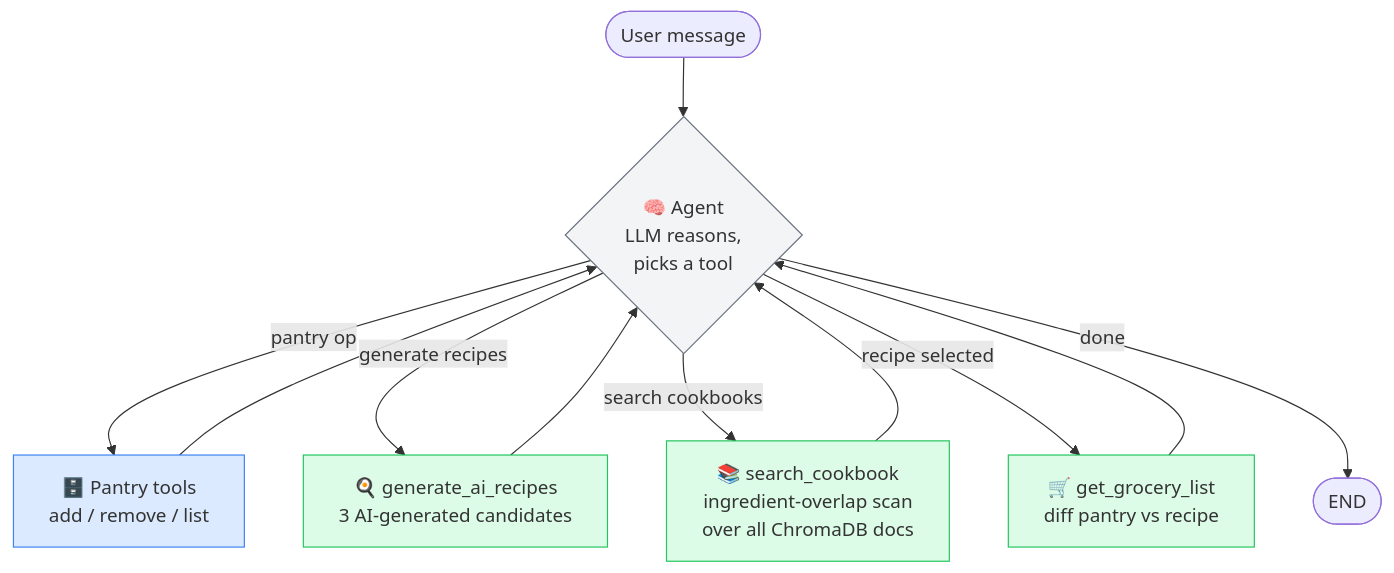
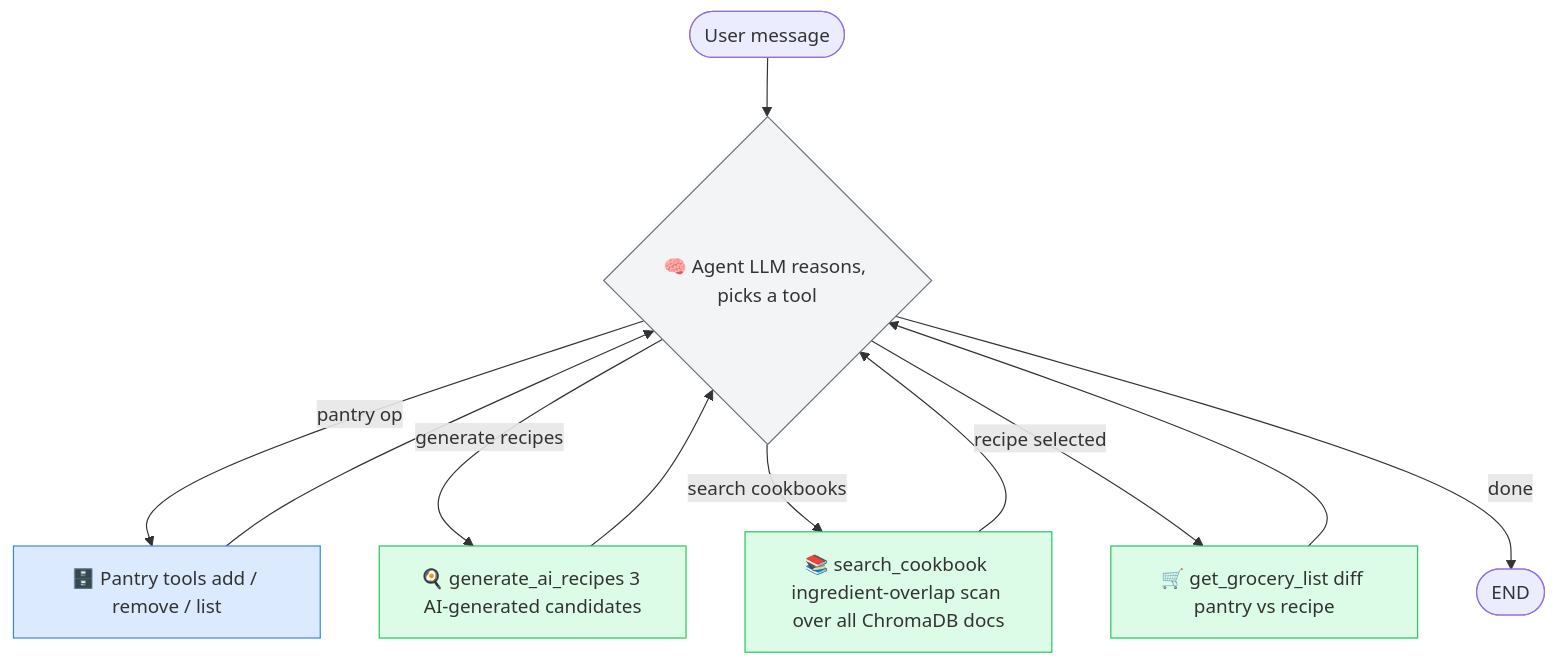
The diagram in README.md (MichaBunjes/recipe_agent), drawn with Mermaid before and after one commit.

Commit message:
Updated Readme Graph

````diff
--- a/README.md
+++ b/README.md
@@ -7,28 +7,28 @@
 ```mermaid
 flowchart TD
     User([User message]) --> Agent
 
-    Agent{"🧠 Agent\nLLM reasons,\npicks a tool"}
+    Agent{"🧠 Agent LLM reasons, picks a tool"}
 
     Agent -->|pantry op| PantryTools
     Agent -->|generate recipes| GenRecipes
     Agent -->|search cookbooks| SearchCB
     Agent -->|recipe selected| Grocery
     Agent -->|done| END([END])
 
-    PantryTools["🗄️ Pantry tools\nadd / remove / list"]
-    GenRecipes["🍳 generate_ai_recipes\n3 AI-generated candidates"]
-    SearchCB["📚 search_cookbook\ningredient-overlap scan\nover all ChromaDB docs"]
-    Grocery["🛒 get_grocery_list\ndiff pantry vs recipe"]
+    PantryTools["🗄️ Pantry tools add / remove / list"]
+    GenRecipes["🍳 generate_ai_recipes 3 AI-generated candidates"]
+    SearchCB["📚 search_cookbook ingredient-overlap scan over all ChromaDB docs"]
+    Grocery["🛒 get_grocery_list diff pantry vs recipe"]
 
     PantryTools --> Agent
     GenRecipes --> Agent
     SearchCB --> Agent
     Grocery --> Agent
 
     style Agent fill:#f3f4f6,stroke:#6b7280
     style PantryTools fill:#dbeafe,stroke:#3b82f6
     style GenRecipes fill:#dcfce7,stroke:#22c55e
     style SearchCB fill:#dcfce7,stroke:#22c55e
     style Grocery fill:#dcfce7,stroke:#22c55e
 ```
````
